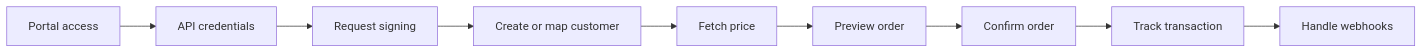
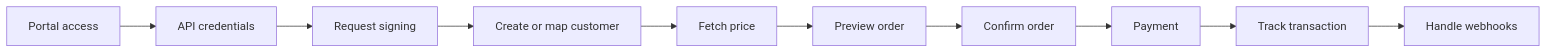
Before and after one commit to Just-Gold-JG/docs: the first of 4 diagrams in api/overview.md, drawn with Mermaid. The commit also changed other lines of this file and 7 other files, not shown here.

Commit message:
Add sequence diagrams for api and sdk integration flows

````diff
--- a/api/overview.md
+++ b/api/overview.md
@@ -30,11 +30,12 @@
 ```mermaid
 flowchart LR
     A[Portal access] --> B[API credentials]
     B --> C[Request signing]
     C --> D[Create or map customer]
     D --> E[Fetch price]
     E --> F[Preview order]
     F --> G[Confirm order]
-    G --> H[Track transaction]
-    H --> I[Handle webhooks]
+    G --> H[Payment]
+    H --> I[Track transaction]
+    I --> J[Handle webhooks]
 ```
````
